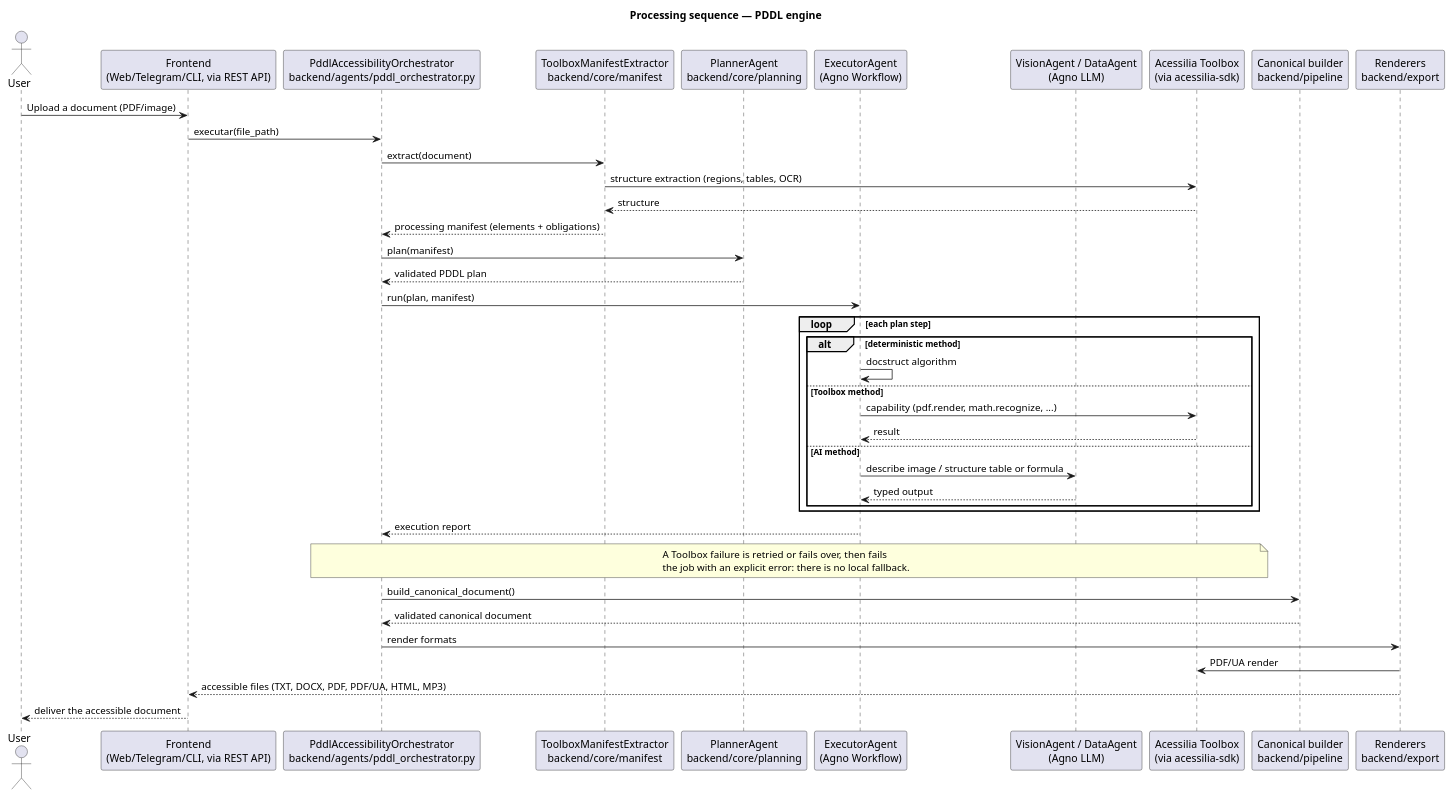
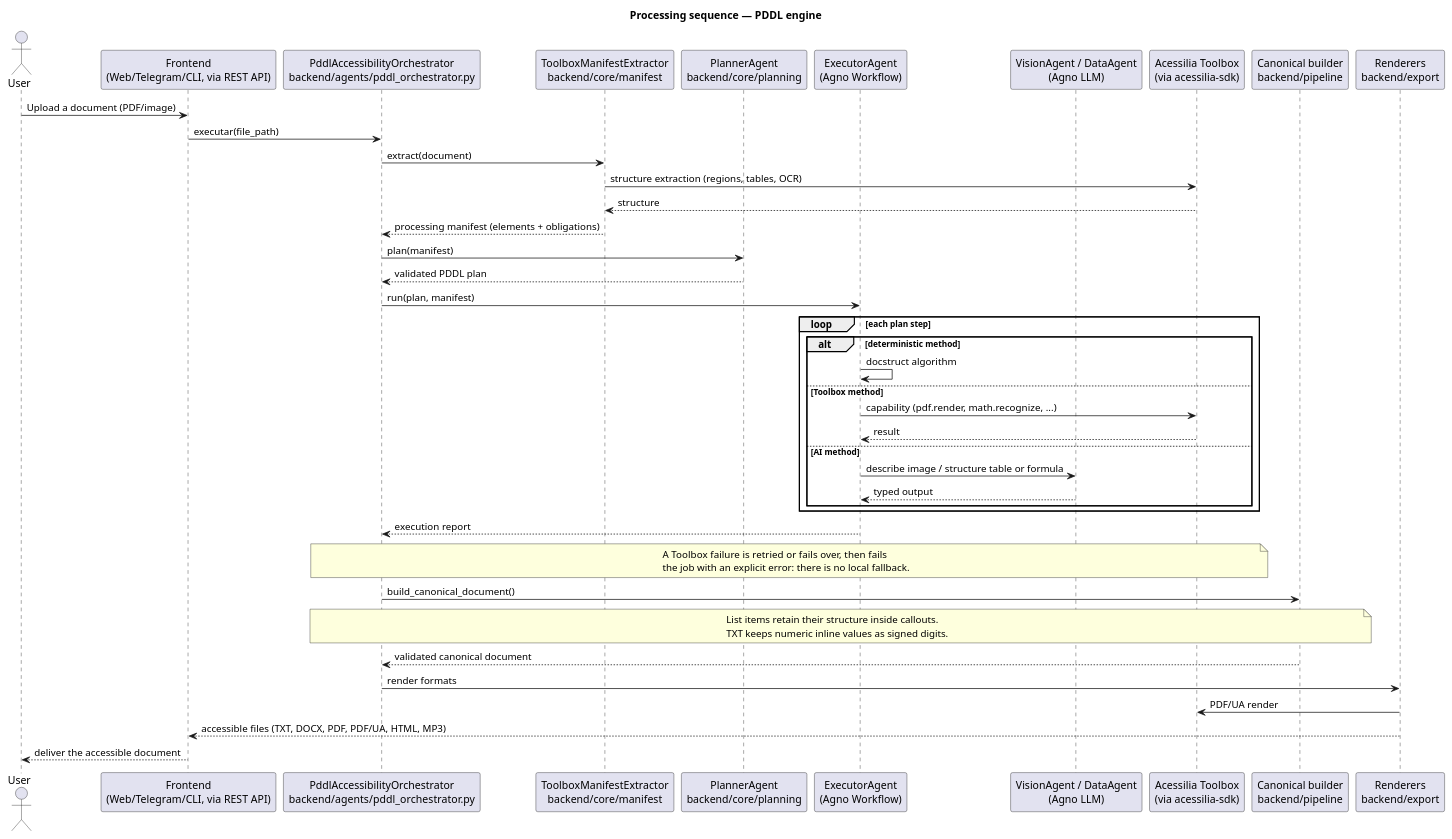
Before and after one commit to A11yDevs/acessilia: the diagram in docs/sequence/document_processing_sequence.puml, drawn with PlantUML. The commit also changed 14 other files, not shown here.

Commit message:
fix(math): preserve numeric TXT values and recognize continued lists

```diff
--- a/docs/sequence/document_processing_sequence.puml
+++ b/docs/sequence/document_processing_sequence.puml
@@ -1,55 +1,59 @@
 @startuml document_processing_sequence
 skinparam shadowing false
 
 title Processing sequence — PDDL engine
 
 actor User
 participant "Frontend\n(Web/Telegram/CLI, via REST API)" as Front
 participant "PddlAccessibilityOrchestrator\nbackend/agents/pddl_orchestrator.py" as Orchestrator
 participant "ToolboxManifestExtractor\nbackend/core/manifest" as Manifest
 participant "PlannerAgent\nbackend/core/planning" as Planner
 participant "ExecutorAgent\n(Agno Workflow)" as Executor
 participant "VisionAgent / DataAgent\n(Agno LLM)" as Agents
 participant "Acessilia Toolbox\n(via acessilia-sdk)" as Toolbox
 participant "Canonical builder\nbackend/pipeline" as Builder
 participant "Renderers\nbackend/export" as Export
 
 User -> Front: Upload a document (PDF/image)
 Front -> Orchestrator: executar(file_path)
 
 Orchestrator -> Manifest: extract(document)
 Manifest -> Toolbox: structure extraction (regions, tables, OCR)
 Toolbox --> Manifest: structure
 Manifest --> Orchestrator: processing manifest (elements + obligations)
 
 Orchestrator -> Planner: plan(manifest)
 Planner --> Orchestrator: validated PDDL plan
 
 Orchestrator -> Executor: run(plan, manifest)
 loop each plan step
   alt deterministic method
     Executor -> Executor: docstruct algorithm
   else Toolbox method
     Executor -> Toolbox: capability (pdf.render, math.recognize, ...)
     Toolbox --> Executor: result
   else AI method
     Executor -> Agents: describe image / structure table or formula
     Agents --> Executor: typed output
   end
 end
 Executor --> Orchestrator: execution report
 
 note over Orchestrator, Toolbox
   A Toolbox failure is retried or fails over, then fails
   the job with an explicit error: there is no local fallback.
 end note
 
 Orchestrator -> Builder: build_canonical_document()
+note over Orchestrator, Builder
+  List items retain their structure inside callouts.
+  TXT keeps numeric inline values as signed digits.
+end note
 Builder --> Orchestrator: validated canonical document
 
 Orchestrator -> Export: render formats
 Export -> Toolbox: PDF/UA render
 Export --> Front: accessible files (TXT, DOCX, PDF, PDF/UA, HTML, MP3)
 Front --> User: deliver the accessible document
 
 @enduml
```
